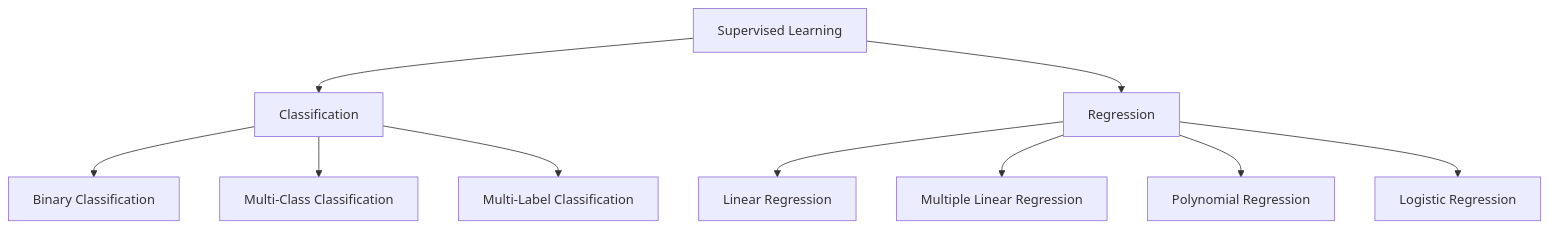
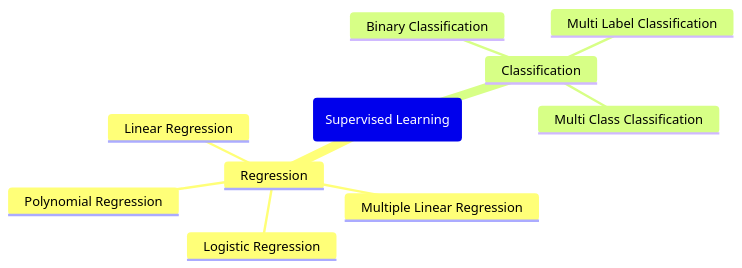
One commit to arshadhs/arshadhs.github.io changed the diagram in content/docs/ai/ml-supervised.md. Above: the diagram before and after it, drawn with Mermaid. The commit also changed other lines of this file and 1 other file, not shown here.

```diff
--- a/content/docs/ai/ml-supervised.md
+++ b/content/docs/ai/ml-supervised.md
@@ -23,17 +22,13 @@
 {{< mermaid >}}
-flowchart TB
-
-  SL[Supervised Learning]
-
-  SL --> CL[Classification]
-  SL --> RG[Regression]
-
-  CL --> BIN[Binary Classification]
-  CL --> MULC[Multi-Class Classification]
-  CL --> MULL[Multi-Label Classification]
-
-  RG --> LREG[Linear Regression]
-  RG --> MLREG[Multiple Linear Regression]
-  RG --> PREG[Polynomial Regression]
-  RG --> LOGREG[Logistic Regression]
+mindmap
+  root(Supervised Learning)
+      Regression
+        Linear Regression
+        Multiple Linear Regression
+        Polynomial Regression
+        Logistic Regression
+      Classification
+        Binary Classification
+        Multi Class Classification
+        Multi Label Classification
 {{< /mermaid >}}
```
